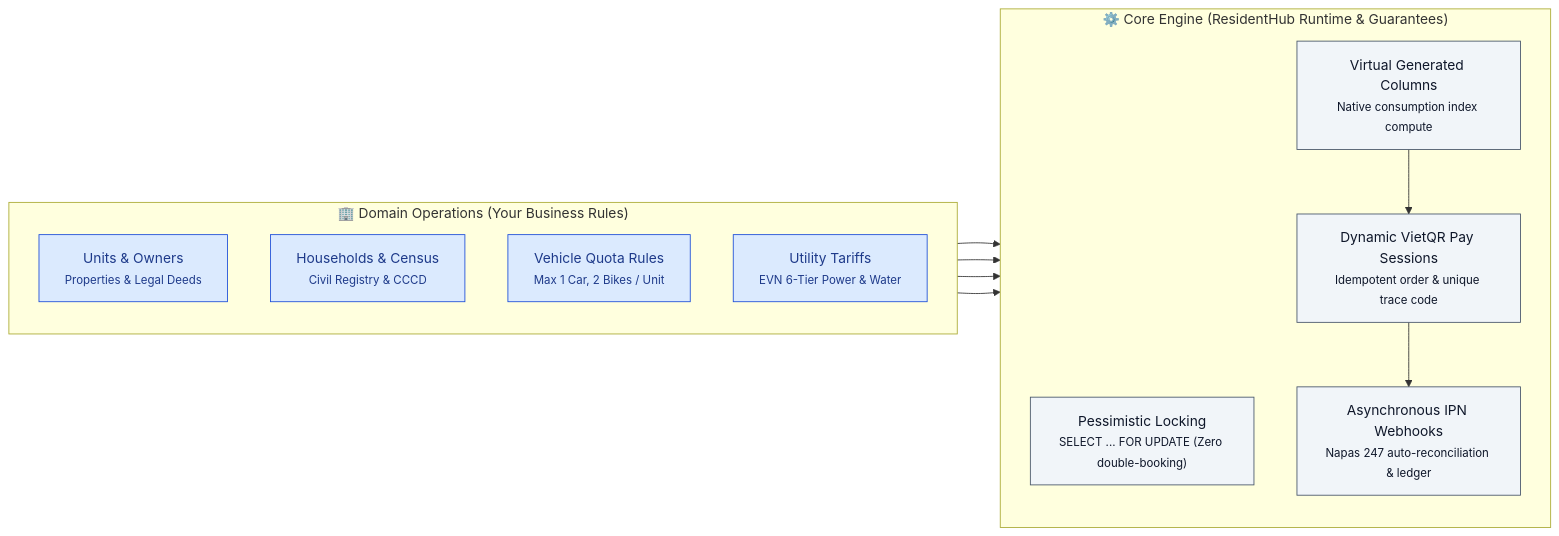
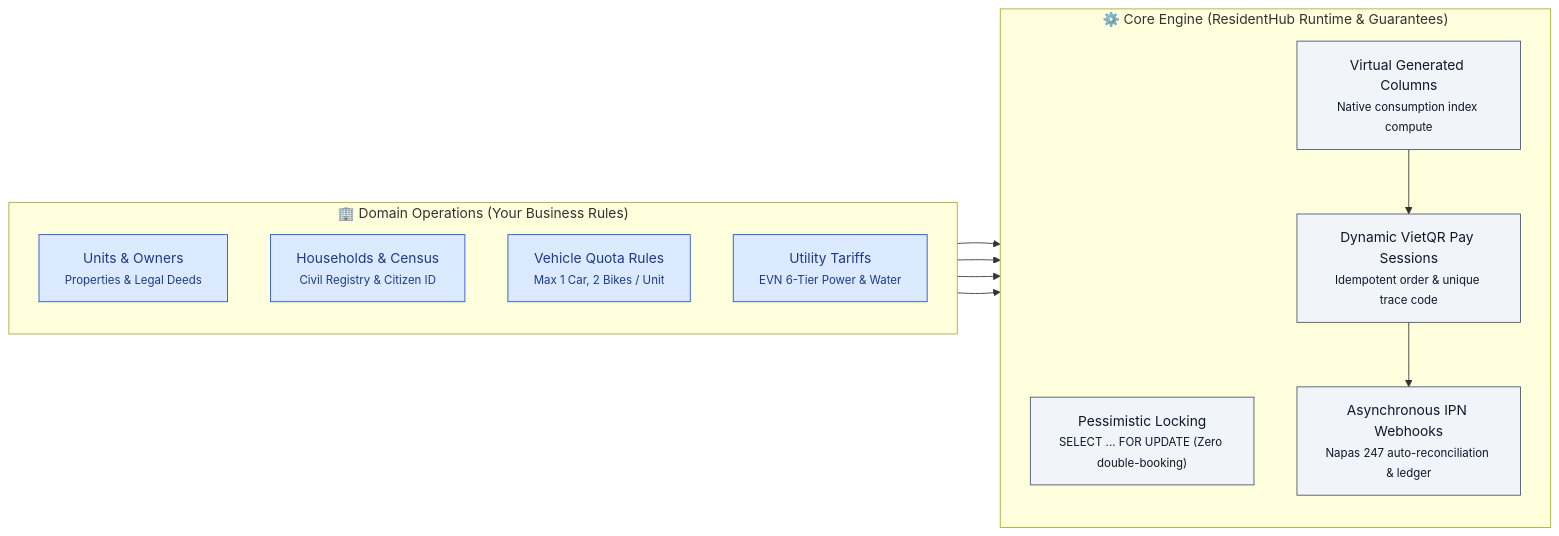
Before and after one commit to QuanAnh280605/NguyenAnhQuan-Household-Management: the first of 5 diagrams in README.md, drawn with Mermaid. The commit also changed other lines of this file, not shown here.

````diff
--- a/README.md
+++ b/README.md
@@ -31,28 +31,28 @@
 ```mermaid
 flowchart LR
     subgraph business["🏢 Domain Operations (Your Business Rules)"]
         direction TB
         APT["Units & Owners<br/><small>Properties & Legal Deeds</small>"]
-        RES["Households & Census<br/><small>Civil Registry & CCCD</small>"]
+        RES["Households & Census<br/><small>Civil Registry & Citizen ID</small>"]
         PRK["Vehicle Quota Rules<br/><small>Max 1 Car, 2 Bikes / Unit</small>"]
         TRF["Utility Tariffs<br/><small>EVN 6-Tier Power & Water</small>"]
     end
 
     subgraph engine["⚙️ Core Engine (ResidentHub Runtime & Guarantees)"]
         direction TB
         LCK["Pessimistic Locking<br/><small>SELECT ... FOR UPDATE (Zero double-booking)</small>"]
         GEN["Virtual Generated Columns<br/><small>Native consumption index compute</small>"]
         SESS["Dynamic VietQR Pay Sessions<br/><small>Idempotent order & unique trace code</small>"]
         IPN["Asynchronous IPN Webhooks<br/><small>Napas 247 auto-reconciliation & ledger</small>"]
     end
 
     APT --> LCK
     RES --> LCK
     PRK --> LCK
     TRF --> GEN --> SESS --> IPN
 
     classDef yours fill:#dbeafe,stroke:#1d4ed8,color:#1e3a8a
     classDef ours fill:#f1f5f9,stroke:#475569,color:#0f172a
     class APT,RES,PRK,TRF yours
     class LCK,GEN,SESS,IPN ours
 ```
````
